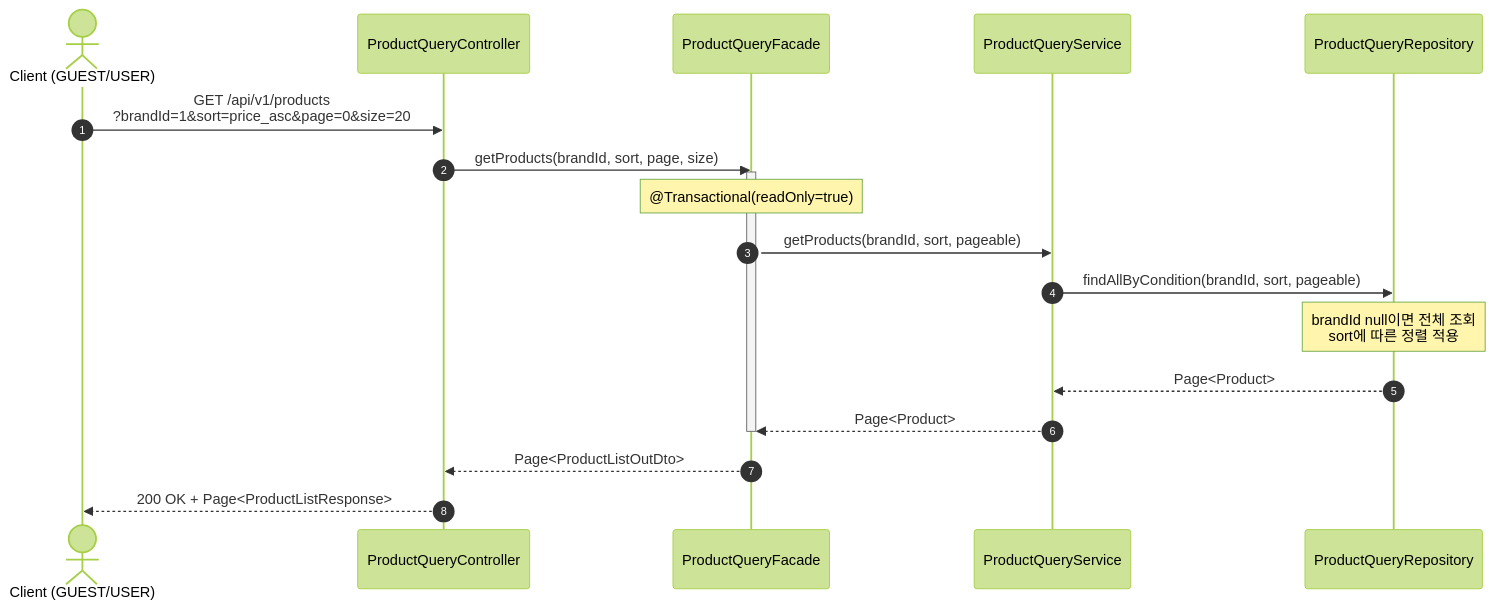
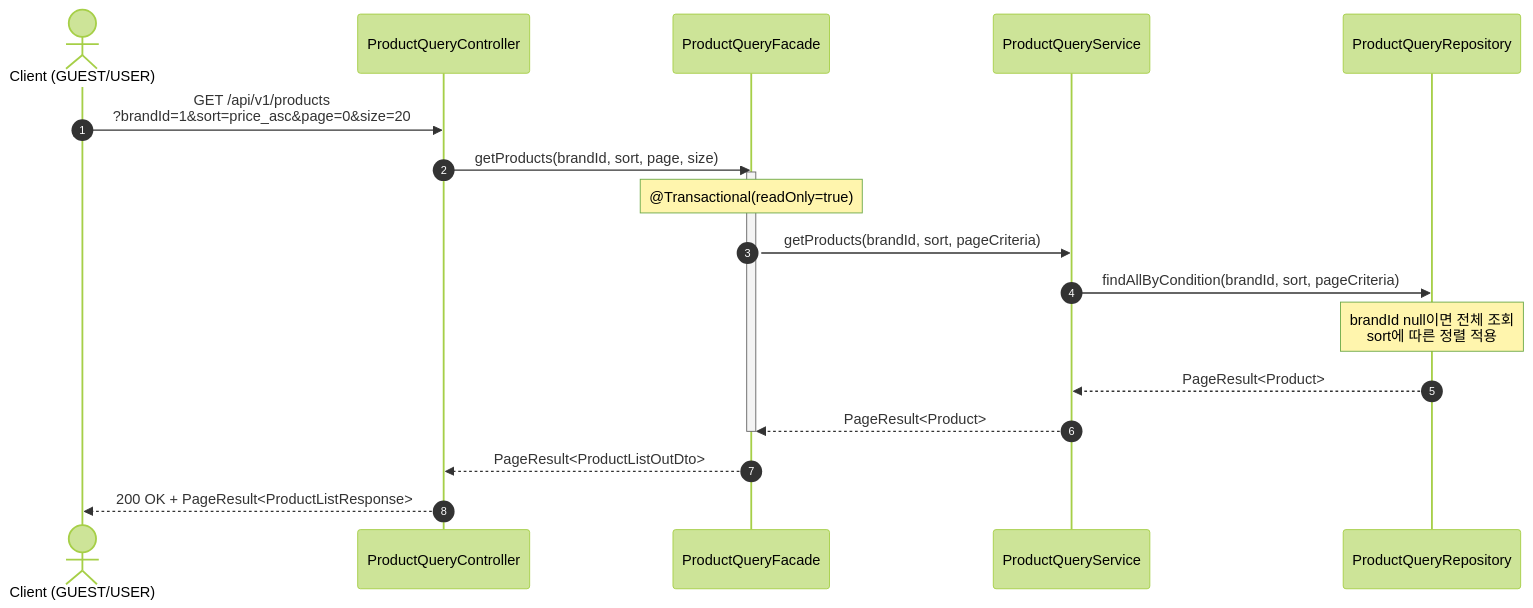
One commit to Hwan0518/loop-pack-be-l2-vol3-java changed the sixth of 26 diagrams in docs/design/02-sequence-diagrams.md. Above: the diagram before and after it, drawn with Mermaid (forest theme). The commit also changed other lines of this file and 7 other files, not shown here.

````diff
--- a/docs/design/02-sequence-diagrams.md
+++ b/docs/design/02-sequence-diagrams.md
@@ -383,22 +383,22 @@
 ```mermaid
 sequenceDiagram
     autonumber
     actor Client as Client (GUEST/USER)
     participant Controller as ProductQueryController
     participant Facade as ProductQueryFacade
     participant Service as ProductQueryService
     participant Repository as ProductQueryRepository
 
     Client->>Controller: GET /api/v1/products<br/>?brandId=1&sort=price_asc&page=0&size=20
     Controller->>Facade: getProducts(brandId, sort, page, size)
     activate Facade
     Note over Facade: @Transactional(readOnly=true)
-    Facade->>Service: getProducts(brandId, sort, pageable)
-    Service->>Repository: findAllByCondition(brandId, sort, pageable)
+    Facade->>Service: getProducts(brandId, sort, pageCriteria)
+    Service->>Repository: findAllByCondition(brandId, sort, pageCriteria)
     Note over Repository: brandId null이면 전체 조회<br/>sort에 따른 정렬 적용
-    Repository-->>Service: Page<Product>
-    Service-->>Facade: Page<Product>
+    Repository-->>Service: PageResult<Product>
+    Service-->>Facade: PageResult<Product>
     deactivate Facade
-    Facade-->>Controller: Page<ProductListOutDto>
-    Controller-->>Client: 200 OK + Page<ProductListResponse>
+    Facade-->>Controller: PageResult<ProductListOutDto>
+    Controller-->>Client: 200 OK + PageResult<ProductListResponse>
 ```
````
